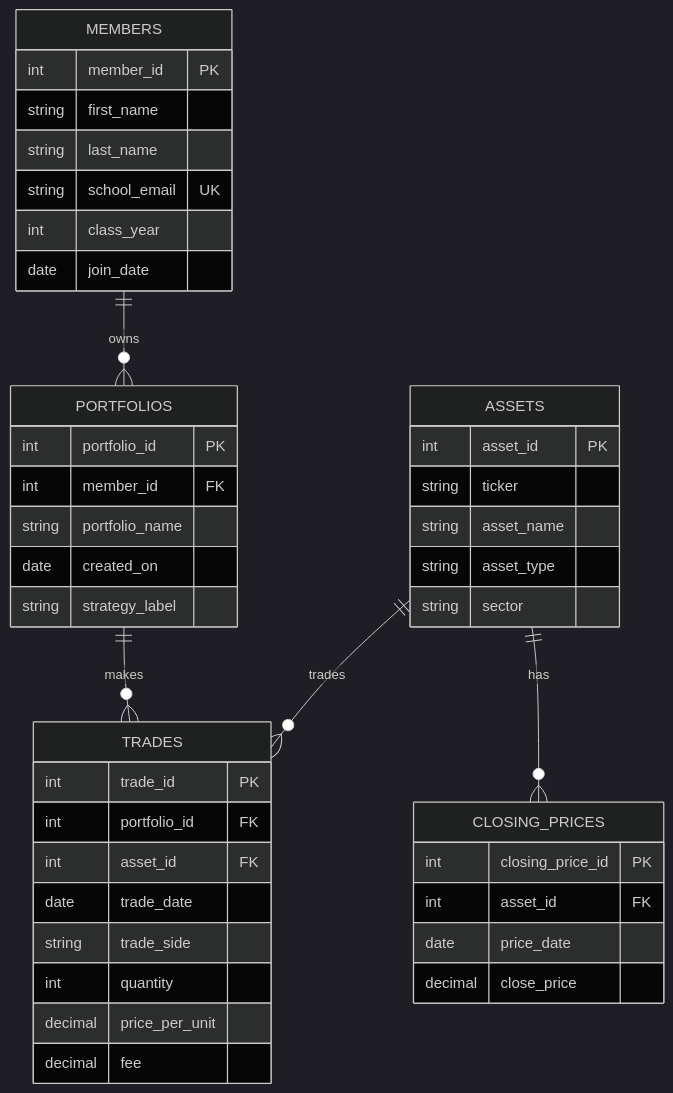
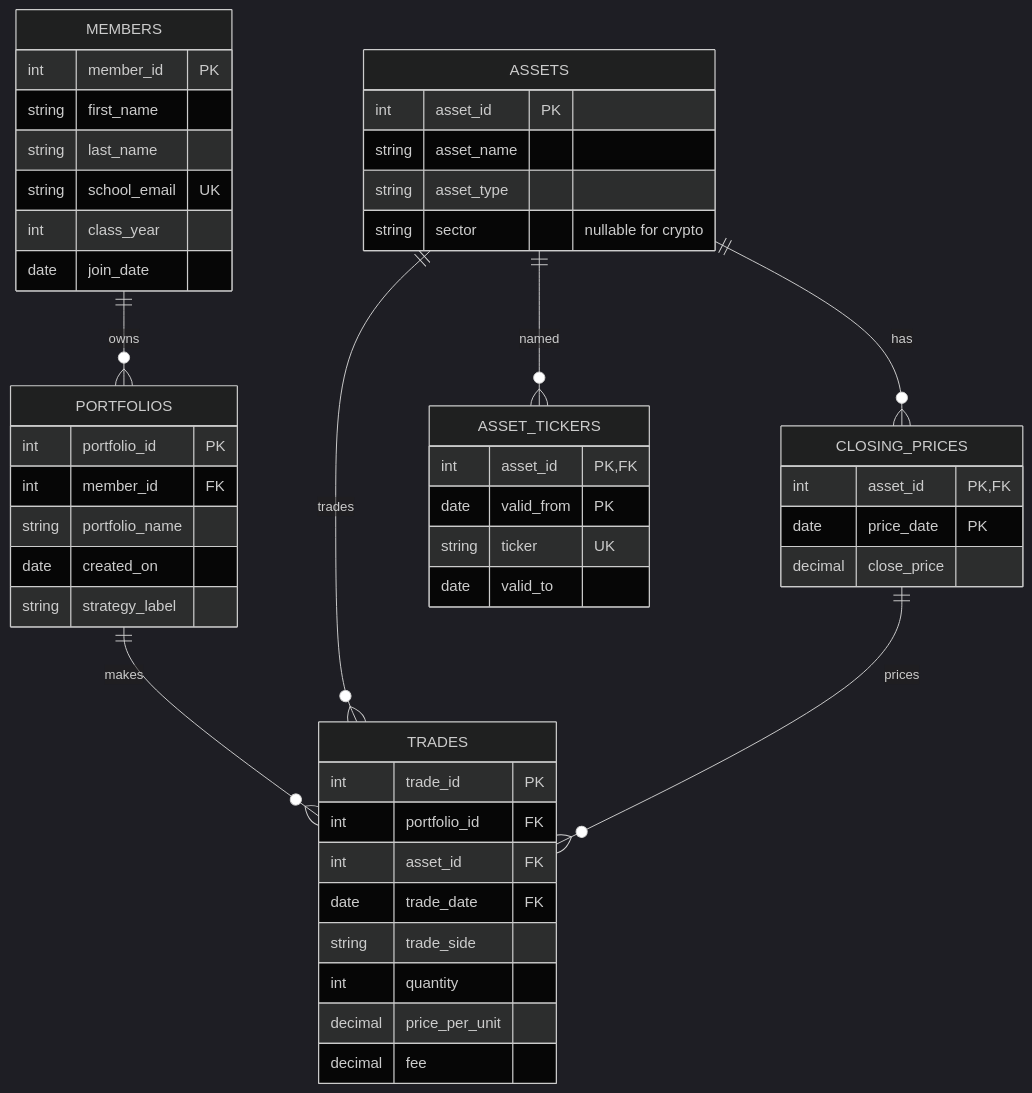
The diagram in Projects/db/README.md (patriciabandrup/oim6301), drawn with Mermaid (dark theme) before and after one commit. The commit also changed other lines of this file and 8 other files, not shown here.

````diff
--- a/Projects/db/README.md
+++ b/Projects/db/README.md
@@ -9,50 +9,57 @@
 ```mermaid
 erDiagram
   MEMBERS ||--o{ PORTFOLIOS : owns
   PORTFOLIOS ||--o{ TRADES : makes
   ASSETS ||--o{ TRADES : trades
   ASSETS ||--o{ CLOSING_PRICES : has
+  ASSETS ||--o{ ASSET_TICKERS : named
+  CLOSING_PRICES ||--o{ TRADES : prices
 
   MEMBERS {
     int member_id PK
     string first_name
     string last_name
     string school_email UK
     int class_year
     date join_date
   }
 
   PORTFOLIOS {
     int portfolio_id PK
     int member_id FK
     string portfolio_name
     date created_on
     string strategy_label
   }
 
   ASSETS {
     int asset_id PK
-    string ticker
     string asset_name
     string asset_type
-    string sector
+    string sector "nullable for crypto"
+  }
+
+  ASSET_TICKERS {
+    int asset_id PK, FK
+    date valid_from PK
+    string ticker UK
+    date valid_to
   }
 
   TRADES {
     int trade_id PK
     int portfolio_id FK
     int asset_id FK
-    date trade_date
+    date trade_date FK
     string trade_side
     int quantity
     decimal price_per_unit
     decimal fee
   }
 
   CLOSING_PRICES {
-    int closing_price_id PK
-    int asset_id FK
-    date price_date
+    int asset_id PK, FK
+    date price_date PK
     decimal close_price
   }
 ```
````
